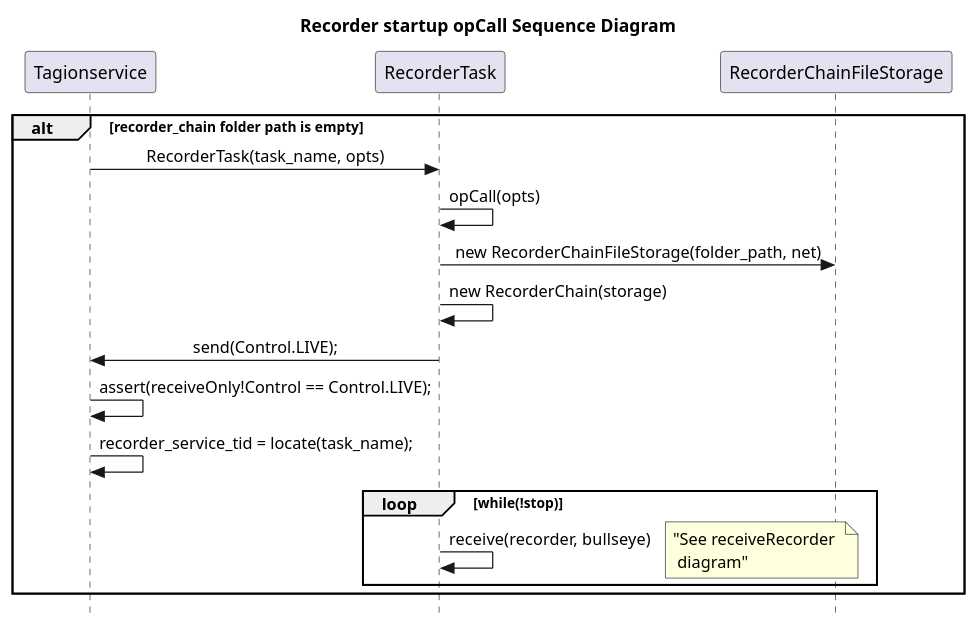
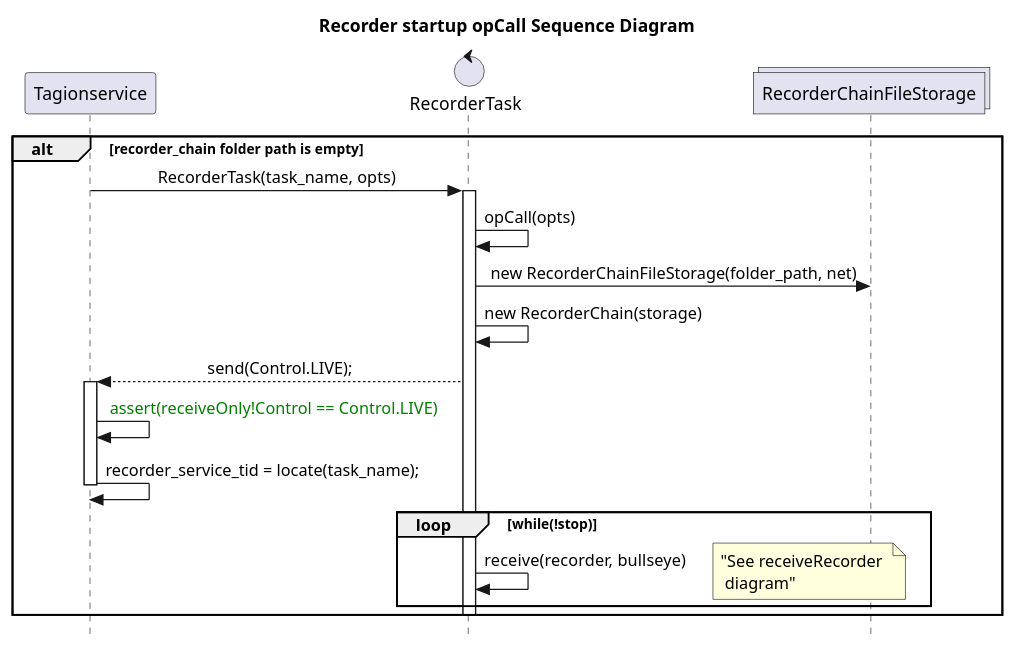
Before and after one commit to tagion/tagion: the diagram in src/lib-services/uml/Recorder/RecorderStartup.wsd, drawn with PlantUML.

Commit message:
add formatting

```diff
--- a/src/lib-services/uml/Recorder/RecorderStartup.wsd
+++ b/src/lib-services/uml/Recorder/RecorderStartup.wsd
@@ -1,30 +1,34 @@
 @startuml
 
 skinparam Style strictuml
 skinparam SequenceMessageAlign center
 hide empty description
 title Recorder startup opCall Sequence Diagram
 
 participant Tagionservice as task
-participant RecorderTask as recordertask
-participant RecorderChainFileStorage as storage
+control RecorderTask as recordertask
+collections RecorderChainFileStorage as storage
 
 alt recorder_chain folder path is empty 
     task -> recordertask : RecorderTask(task_name, opts)
-
+activate recordertask
 recordertask -> recordertask : opCall(opts)
 recordertask -> storage : new RecorderChainFileStorage(folder_path, net)
 recordertask -> recordertask : new RecorderChain(storage)
-recordertask -> task : send(Control.LIVE);
-task -> task : assert(receiveOnly!Control == Control.LIVE);
+recordertask --> task : send(Control.LIVE);
+activate task
+task -> task : <color green> assert(receiveOnly!Control == Control.LIVE) </color> 
 task -> task : recorder_service_tid = locate(task_name);
+deactivate task
 
 loop while(!stop)
     recordertask -> recordertask : receive(recorder, bullseye)
     note right : "See receiveRecorder \n diagram" 
 end
+deactivate recordertask
+
 
 end
 
 
 @enduml
```
